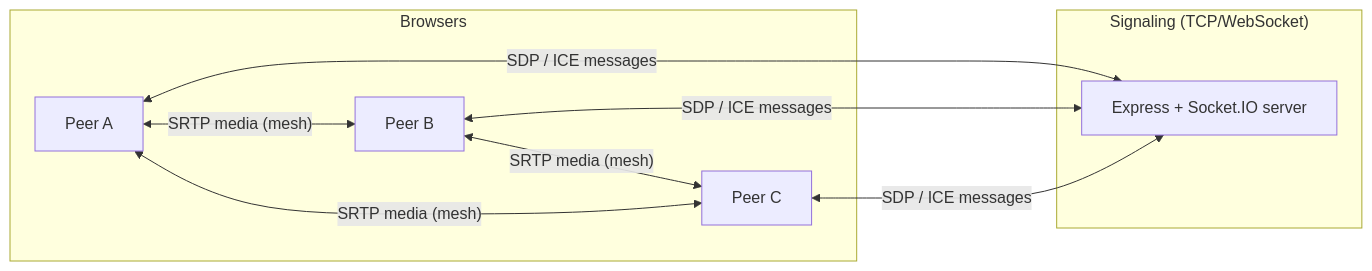
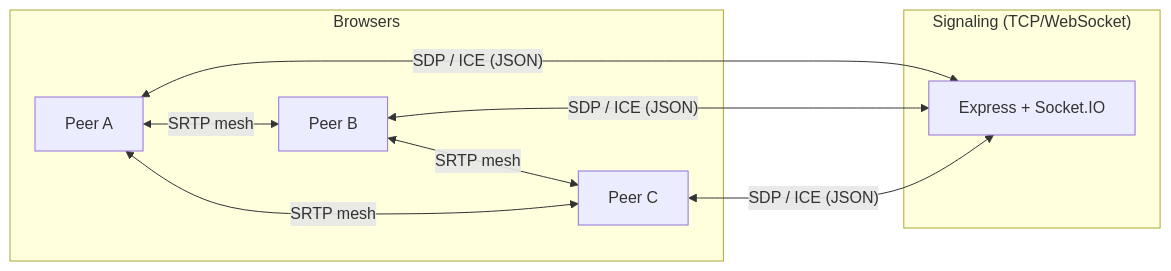
One commit to SanketBhangale1803/watchparty changed the diagram in README.md. Above: the diagram before and after it, drawn with Mermaid. The commit also changed other lines of this file, not shown here.

````diff
--- a/README.md
+++ b/README.md
@@ -56,17 +30,17 @@
 ```mermaid
 flowchart LR
   subgraph signaling["Signaling (TCP/WebSocket)"]
-    S["Express + Socket.IO server"]
+    S["Express + Socket.IO"]
   end
   subgraph clients["Browsers"]
     A["Peer A"]
     B["Peer B"]
     C["Peer C"]
   end
-  A <-->|"SDP / ICE messages"| S
-  B <-->|"SDP / ICE messages"| S
-  C <-->|"SDP / ICE messages"| S
-  A <-->|"SRTP media (mesh)"| B
-  A <-->|"SRTP media (mesh)"| C
-  B <-->|"SRTP media (mesh)"| C
+  A <-->|"SDP / ICE (JSON)"| S
+  B <-->|"SDP / ICE (JSON)"| S
+  C <-->|"SDP / ICE (JSON)"| S
+  A <-->|"SRTP mesh"| B
+  A <-->|"SRTP mesh"| C
+  B <-->|"SRTP mesh"| C
 ```
````
